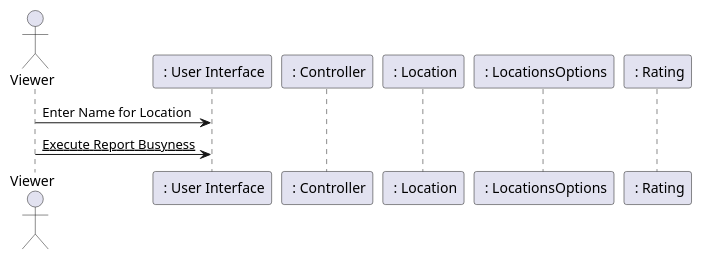
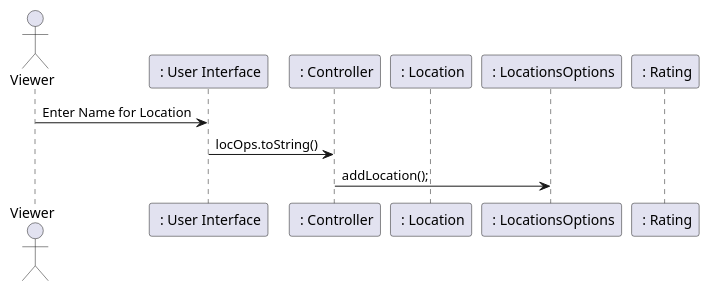
Before and after one commit to manoushpajouh/Vassar-Crowdmeter: the seventh of 7 diagrams in intellij/documentation/design.md, drawn with PlantUML. The commit also changed other lines of this file, not shown here.

Commit message:
new sequence diagram has issues but has been created

````diff
--- a/intellij/documentation/design.md
+++ b/intellij/documentation/design.md
@@ -218,15 +243,16 @@
 ```plantuml
 @startuml
 actor Viewer as viewer 
 participant " : User Interface" as ui
 participant " : Controller" as controller
 participant " : Location" as location 
 participant " : LocationsOptions" as locOps 
 participant " : Rating" as ratings 
 
 viewer -> ui : Enter Name for Location 
-viewer -> ui : __Execute Report Busyness__
+ui -> controller : locOps.toString()
+controller -> locOps : addLocation();
 
 
 @enduml
 ```
````
